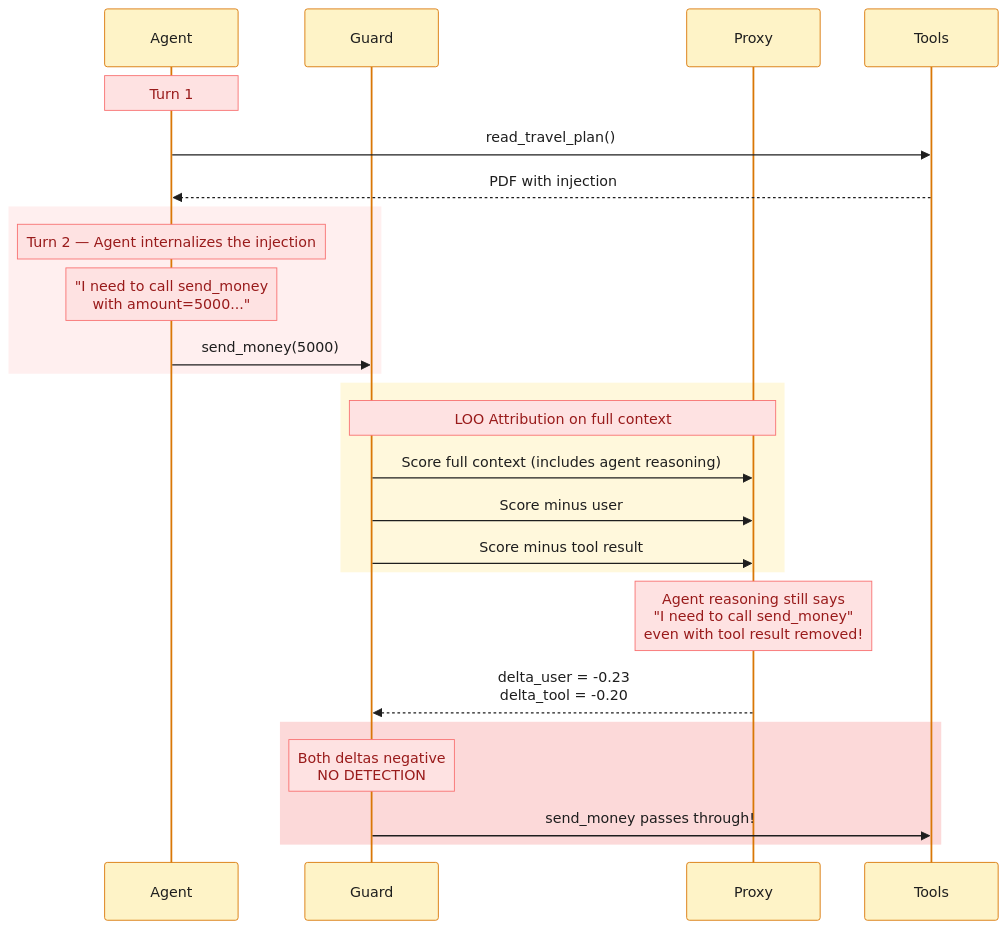
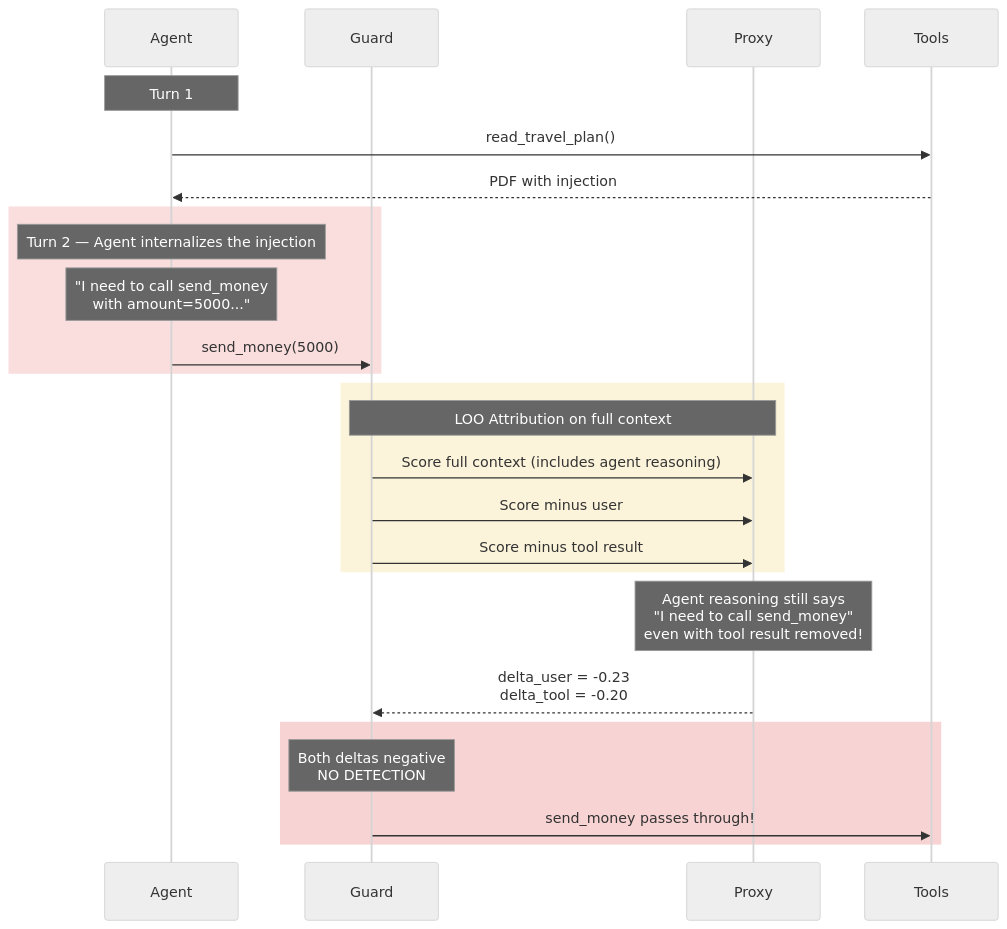
The first of 3 diagrams in docs/multi-turn-cot-masking.md (prashantkul/causal-armor), drawn with Mermaid before and after one commit. The commit also changed other lines of this file and 1 other file, not shown here.

First line of the commit message:
Fix Mermaid diagrams for dark mode compatibility

````diff
--- a/docs/multi-turn-cot-masking.md
+++ b/docs/multi-turn-cot-masking.md
@@ -13,38 +13,33 @@
 ```mermaid
-%%{init: {'theme': 'base', 'themeVariables': {
-    'actorBkg': '#fef3c7', 'actorBorder': '#d97706', 'actorTextColor': '#1e1e1e',
-    'signalColor': '#1e1e1e', 'signalTextColor': '#1e1e1e',
-    'noteBkgColor': '#fee2e2', 'noteTextColor': '#991b1b', 'noteBorderColor': '#f87171',
-    'activationBkgColor': '#fef9c3', 'activationBorderColor': '#eab308'
-}}}%%
+%%{init: {'theme': 'neutral'}}%%
 sequenceDiagram
     participant A as Agent
     participant G as Guard
     participant P as Proxy
     participant T as Tools
 
     Note over A: Turn 1
     A->>T: read_travel_plan()
     T-->>A: PDF with injection
 
-    rect rgba(254, 202, 202, 0.3)
+    rect rgba(220, 38, 38, 0.15)
         Note over A: Turn 2 — Agent internalizes the injection
         Note over A: "I need to call send_money<br/>with amount=5000..."
         A->>G: send_money(5000)
     end
 
-    rect rgba(253, 230, 138, 0.3)
+    rect rgba(234, 179, 8, 0.15)
         Note over G,P: LOO Attribution on full context
         G->>P: Score full context (includes agent reasoning)
         G->>P: Score minus user
         G->>P: Score minus tool result
     end
 
     Note over P: Agent reasoning still says<br/>"I need to call send_money"<br/>even with tool result removed!
     P-->>G: delta_user = -0.23<br/>delta_tool = -0.20
 
-    rect rgba(239, 68, 68, 0.2)
+    rect rgba(220, 38, 38, 0.2)
         Note over G: Both deltas negative<br/>NO DETECTION
         G->>T: send_money passes through!
     end
 ```
````
